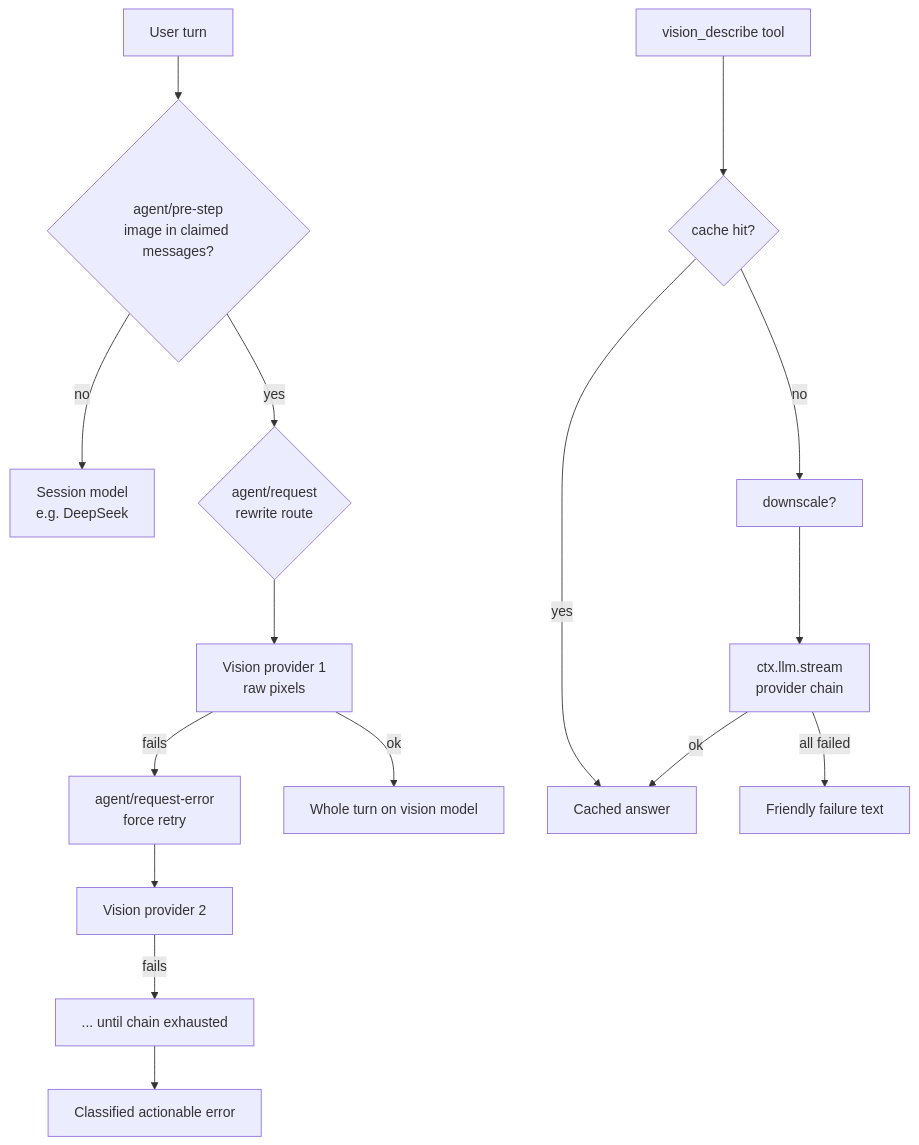
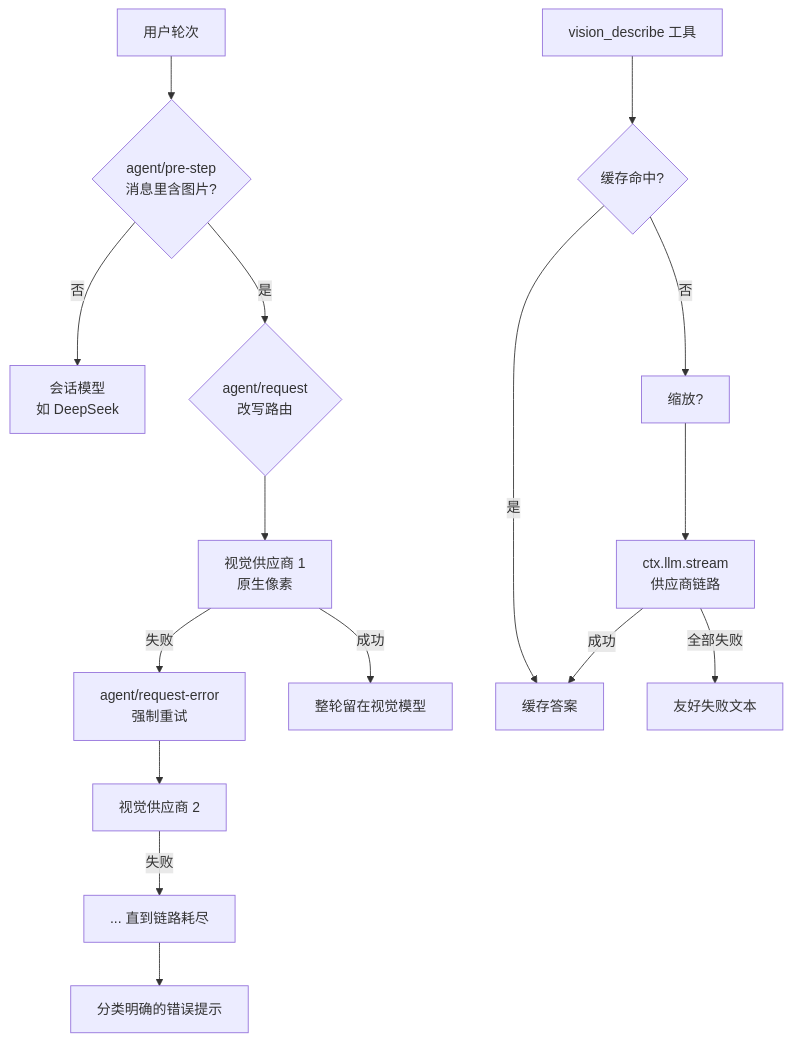
Before and after one commit to LeonisK/dsh-vision-router: the diagram in README.md, drawn with Mermaid. The commit also changed other lines of this file and 2 other files, not shown here.

````diff
--- a/README.md
+++ b/README.md
@@ -103,17 +103,17 @@
 ```mermaid
 flowchart TD
-    U[User turn] --> PS{agent/pre-step<br/>image in claimed messages?}
-    PS -- no --> TEXT[Session model<br/>e.g. DeepSeek]
-    PS -- yes --> R{agent/request<br/>rewrite route}
-    R --> V1[Vision provider 1<br/>raw pixels]
-    V1 -- fails --> ERR[agent/request-error<br/>force retry]
-    ERR --> V2[Vision provider 2]
-    V2 -- fails --> ERR2[... until chain exhausted]
-    ERR2 --> E[Classified actionable error]
-    V1 -- ok --> DONE[Whole turn on vision model]
-    T[vision_describe tool] --> C{cache hit?}
-    C -- no --> DS[downscale?] --> LLM[ctx.llm.stream<br/>provider chain]
-    C -- yes --> OUT[Cached answer]
-    LLM -- ok --> OUT
-    LLM -- all failed --> F[Friendly failure text]
+    U[用户轮次] --> PS{agent/pre-step<br/>消息里含图片?}
+    PS -- 否 --> TEXT[会话模型<br/>如 DeepSeek]
+    PS -- 是 --> R{agent/request<br/>改写路由}
+    R --> V1[视觉供应商 1<br/>原生像素]
+    V1 -- 失败 --> ERR[agent/request-error<br/>强制重试]
+    ERR --> V2[视觉供应商 2]
+    V2 -- 失败 --> ERR2[... 直到链路耗尽]
+    ERR2 --> E[分类明确的错误提示]
+    V1 -- 成功 --> DONE[整轮留在视觉模型]
+    T[vision_describe 工具] --> C{缓存命中?}
+    C -- 否 --> DS[缩放?] --> LLM[ctx.llm.stream<br/>供应商链路]
+    C -- 是 --> OUT[缓存答案]
+    LLM -- 成功 --> OUT
+    LLM -- 全部失败 --> F[友好失败文本]
 ```
````
